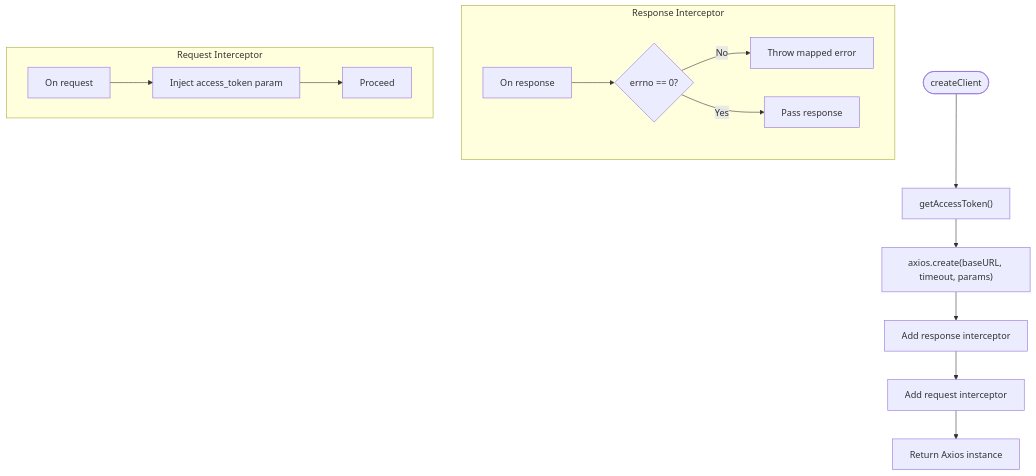
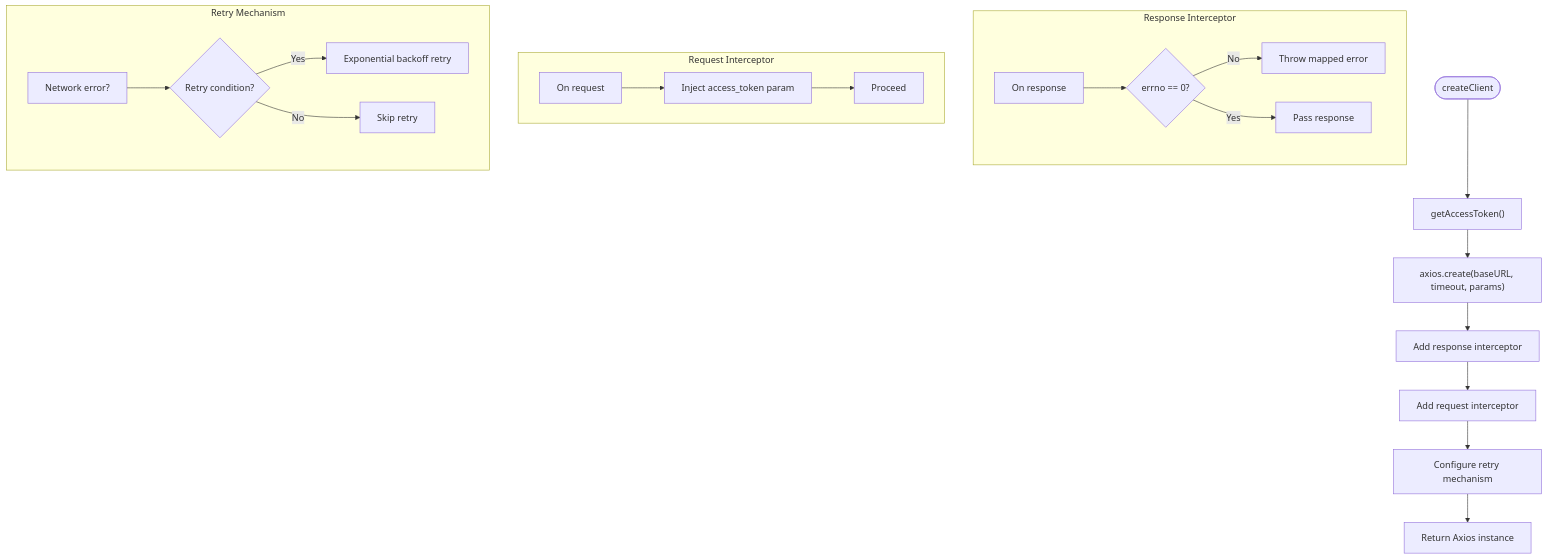
The third of 10 diagrams in .qoder/repowiki/en/content/API Integration/API Integration.md (yuexiaoliang/baiduwangpan-manager), drawn with Mermaid before and after one commit. The commit also changed other lines of this file and 30 other files, not shown here.

````diff
--- a/.qoder/repowiki/en/content/API Integration/API Integration.md
+++ b/.qoder/repowiki/en/content/API Integration/API Integration.md
@@ -136,17 +190,23 @@
 ```mermaid
 flowchart TD
 Start(["createClient"]) --> GetToken["getAccessToken()"]
 GetToken --> BuildAxios["axios.create(baseURL, timeout, params)"]
 BuildAxios --> AddRespInt["Add response interceptor"]
 AddRespInt --> AddReqInt["Add request interceptor"]
-AddReqInt --> ReturnClient["Return Axios instance"]
+AddReqInt --> AddRetry["Configure retry mechanism"]
+AddRetry --> ReturnClient["Return Axios instance"]
 subgraph "Response Interceptor"
 RStart["On response"] --> CheckErrno{"errno == 0?"}
 CheckErrno --> |No| ThrowErr["Throw mapped error"]
 CheckErrno --> |Yes| PassThrough["Pass response"]
 end
 subgraph "Request Interceptor"
 QStart["On request"] --> InjectToken["Inject access_token param"]
 InjectToken --> Next["Proceed"]
 end
+subgraph "Retry Mechanism"
+RetryStart["Network error?"] --> CheckRetry{"Retry condition?"}
+CheckRetry --> |Yes| RetryOp["Exponential backoff retry"]
+CheckRetry --> |No| SkipRetry["Skip retry"]
+end
 ```
````
